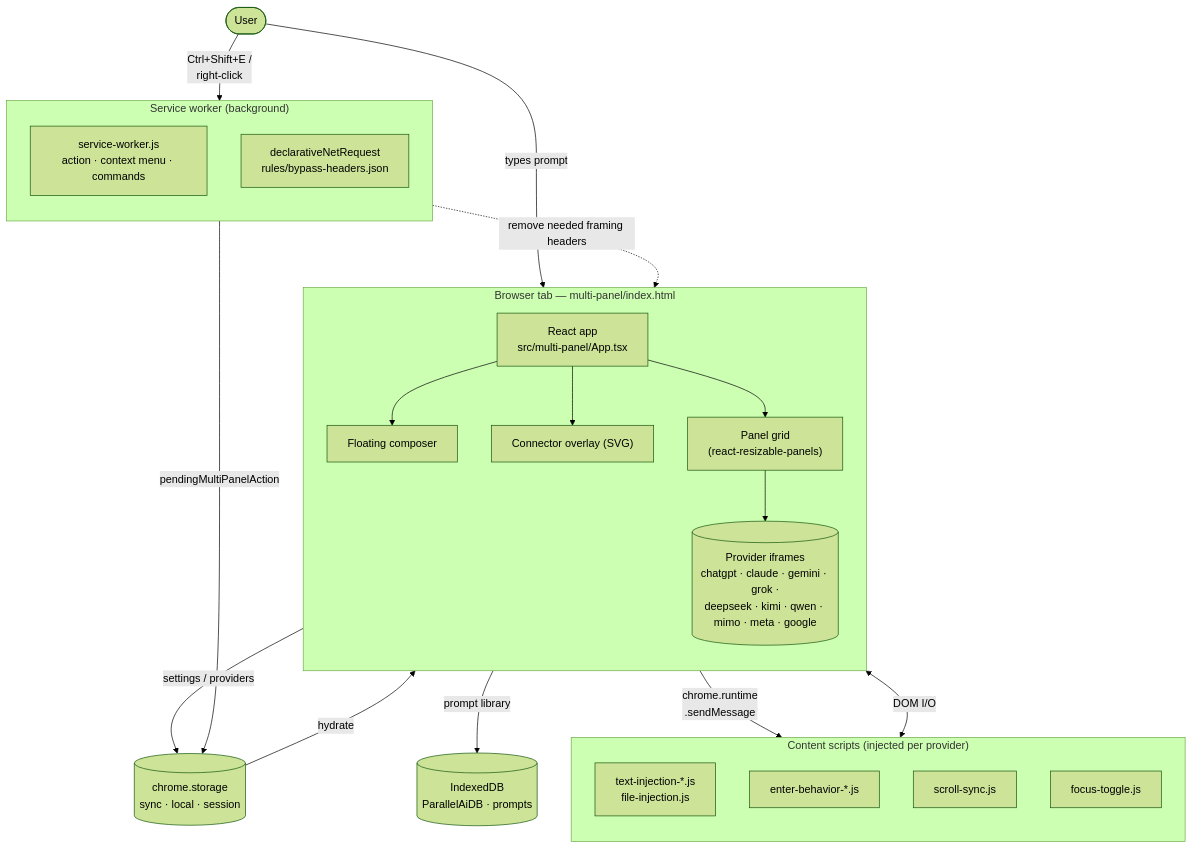
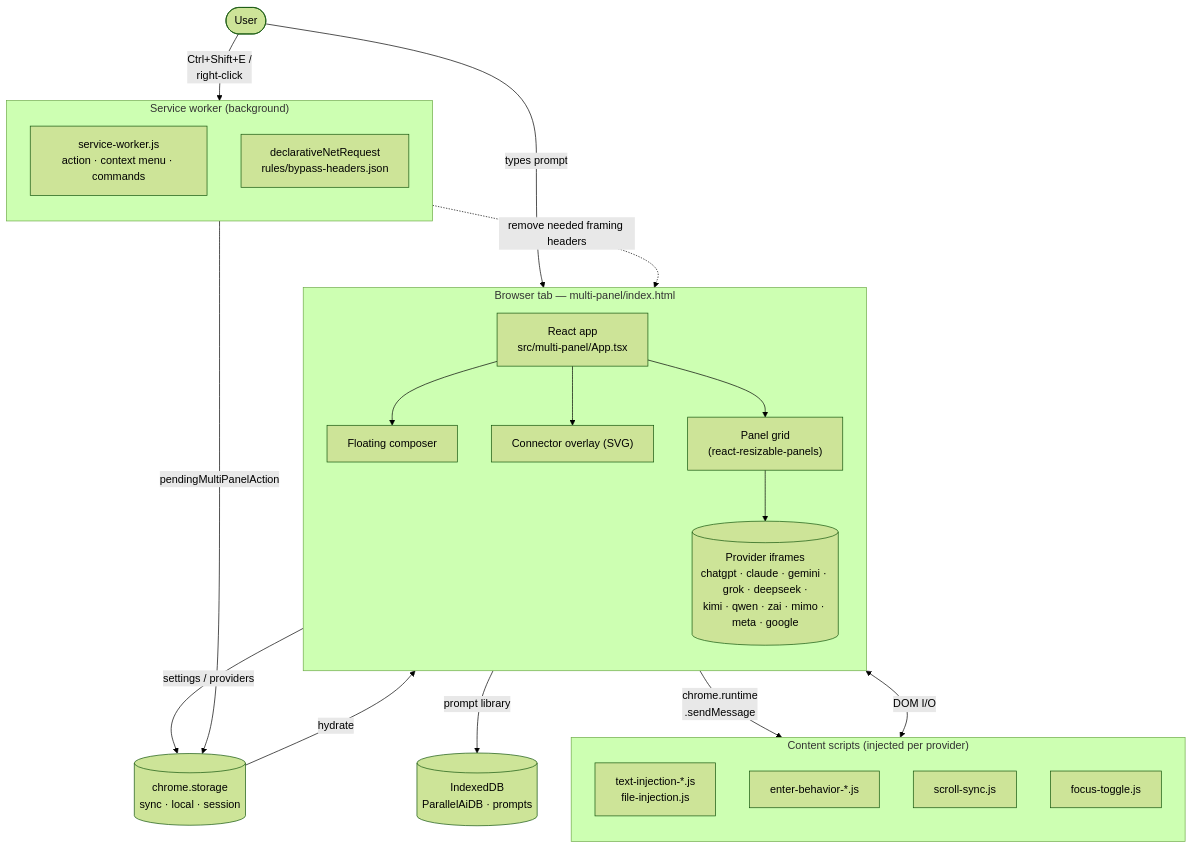
Before and after one commit to ParkerCai/parallel-ai-extension: the first of 2 diagrams in README.md, drawn with Mermaid (forest theme). The commit also changed other lines of this file and 29 other files, not shown here.

````diff
--- a/README.md
+++ b/README.md
@@ -133,44 +134,44 @@
 ```mermaid
 flowchart TB
   user(["User"])
 
   subgraph bg["Service worker (background)"]
     direction TB
     sw["service-worker.js<br/>action · context menu · commands"]
     dnr["declarativeNetRequest<br/>rules/bypass-headers.json"]
   end
 
   storage[("chrome.storage<br/>sync · local · session")]
   idb[("IndexedDB<br/>ParallelAiDB · prompts")]
 
   subgraph tab["Browser tab — multi-panel/index.html"]
     direction TB
     react["React app<br/>src/multi-panel/App.tsx"]
     composer["Floating composer"]
     overlay["Connector overlay (SVG)"]
     grid["Panel grid<br/>(react-resizable-panels)"]
-    iframes[("Provider iframes<br/>chatgpt · claude · gemini · grok ·<br/>deepseek · kimi · qwen · mimo · meta · google")]
+    iframes[("Provider iframes<br/>chatgpt · claude · gemini · grok · deepseek ·<br/>kimi · qwen · zai · mimo · meta · google")]
     react --> composer
     react --> overlay
     react --> grid
     grid --> iframes
   end
 
   subgraph cs["Content scripts (injected per provider)"]
     direction TB
     inject["text-injection-*.js<br/>file-injection.js"]
     enterkey["enter-behavior-*.js"]
     sync["scroll-sync.js"]
     focus["focus-toggle.js"]
   end
 
   user -- "Ctrl+Shift+E /<br/>right-click" --> sw
   user -- "types prompt" --> composer
   sw -- "pendingMultiPanelAction" --> storage
   storage -- "hydrate" --> react
   react -- "settings / providers" --> storage
   react -- "prompt library" --> idb
   composer -- "chrome.runtime<br/>.sendMessage" --> cs
   iframes <-- "DOM I/O" --> cs
   dnr -. "remove needed framing headers" .-> iframes
 ```
````
